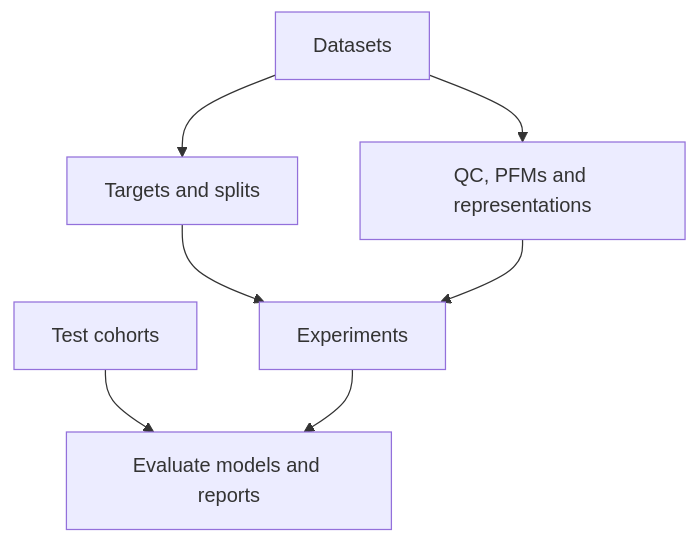
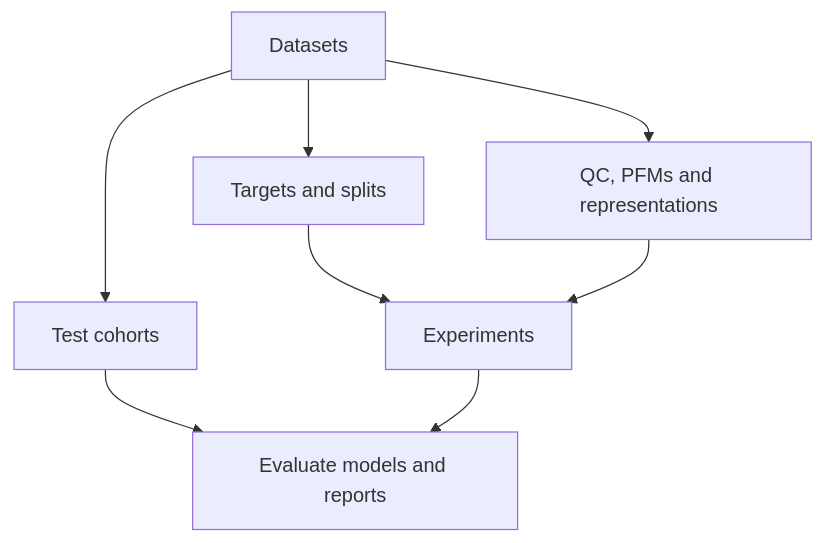
One commit to Lyce24/HistoPilot changed the first of 2 diagrams in README.md. Above: the diagram before and after it, drawn with Mermaid. The commit also changed other lines of this file and 150 other files, not shown here.

````diff
--- a/README.md
+++ b/README.md
@@ -248,9 +261,10 @@
 ```mermaid
 flowchart TD
     D[Datasets] --> P[Targets and splits]
     D --> F[QC, PFMs and representations]
     P --> M[Experiments]
     F --> M
-    T[Test cohorts] --> E[Evaluate models and reports]
+    D --> T[Test cohorts]
+    T --> E[Evaluate models and reports]
     M --> E
 ```
````
